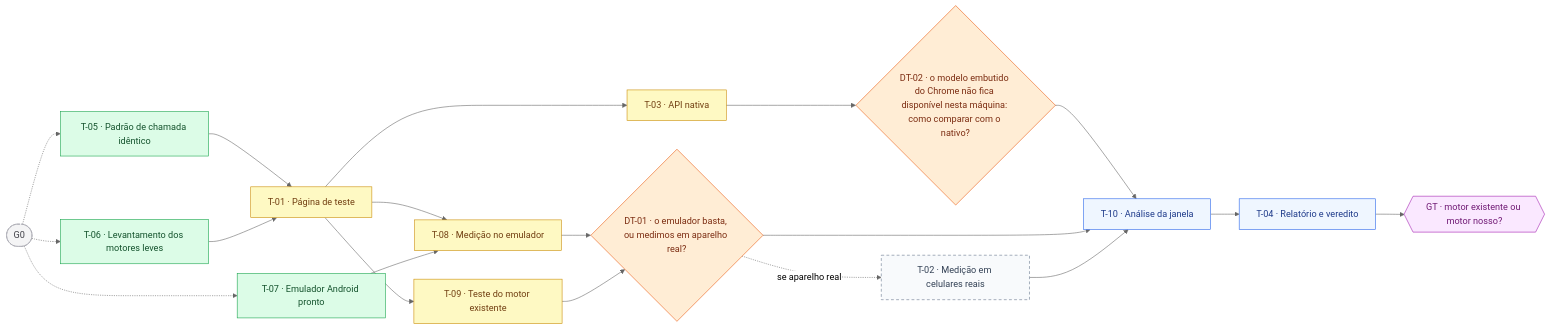
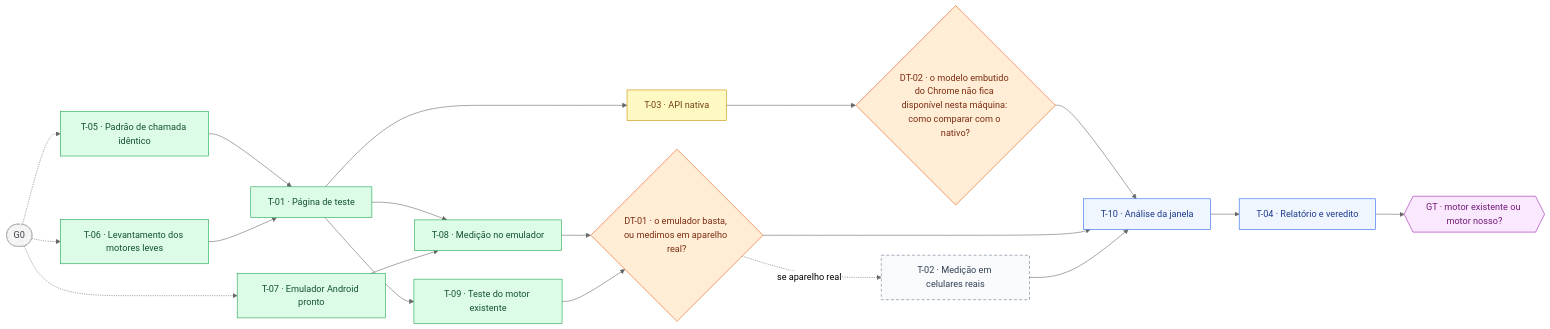
Before and after one commit to frederico-kluser/som-webcore: the third of 9 diagrams in ROADMAP.md, drawn with Mermaid (neutral theme). The commit also changed other lines of this file and 24 other files, not shown here.

````diff
--- a/ROADMAP.md
+++ b/ROADMAP.md
@@ -330,43 +330,43 @@
 ```mermaid
 flowchart LR
     G0(["G0"]):::ext
     T05["T-05 · Padrão de chamada idêntico"]:::done
     T06["T-06 · Levantamento dos motores leves"]:::done
     T07["T-07 · Emulador Android pronto"]:::done
-    T01["T-01 · Página de teste"]:::doing
-    T08["T-08 · Medição no emulador"]:::doing
-    T09["T-09 · Teste do motor existente"]:::doing
+    T01["T-01 · Página de teste"]:::done
+    T08["T-08 · Medição no emulador"]:::done
+    T09["T-09 · Teste do motor existente"]:::done
     T03["T-03 · API nativa"]:::doing
     DT01{"DT-01 · o emulador basta, ou medimos em aparelho real?"}:::fork
     DT02{"DT-02 · o modelo embutido do Chrome não fica disponível nesta máquina: como comparar com o nativo?"}:::fork
     T02["T-02 · Medição em celulares reais"]:::opt
     T10["T-10 · Análise da janela"]:::todo
     T04["T-04 · Relatório e veredito"]:::todo
     GT{{"GT · motor existente ou motor nosso?"}}:::gate
     G0 -.-> T05
     G0 -.-> T06
     G0 -.-> T07
     T05 --> T01
     T06 --> T01
     T01 --> T08
     T07 --> T08
     T01 --> T09
     T01 --> T03
     T08 --> DT01
     T09 --> DT01
     T03 --> DT02
     DT01 -.->|"se aparelho real"| T02
     DT02 --> T10
     DT01 --> T10
     T02 --> T10
     T10 --> T04
     T04 --> GT
     classDef done fill:#dcfce7,stroke:#16a34a,color:#14532d;
     classDef doing fill:#fef9c3,stroke:#ca8a04,color:#713f12;
     classDef todo fill:#eff6ff,stroke:#2563eb,color:#1e3a8a;
     classDef gate fill:#fae8ff,stroke:#a21caf,color:#701a75;
     classDef fork fill:#ffedd5,stroke:#ea580c,color:#7c2d12;
     classDef opt fill:#f8fafc,stroke:#64748b,color:#334155,stroke-dasharray: 5 4;
     classDef off fill:#f4f4f5,stroke:#d4d4d8,color:#a1a1aa;
     classDef ext fill:#f4f4f5,stroke:#a1a1aa,color:#3f3f46,stroke-dasharray: 4 3;
 ```
````
